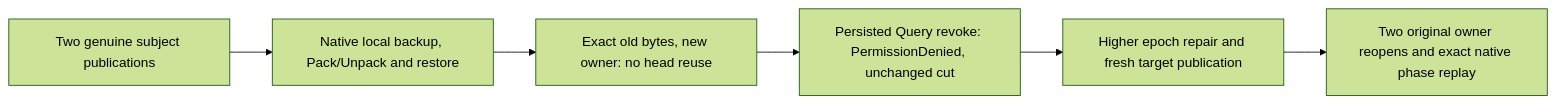
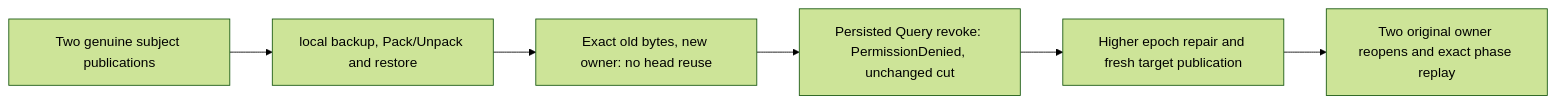
The diagram in docs/Features/Search/Bm25RestoredEligibility.md (managedcode/KeyLoad), drawn with Mermaid (forest theme) before and after one commit. The commit also changed other lines of this file and 9016 other files, not shown here.

````diff
--- a/docs/Features/Search/Bm25RestoredEligibility.md
+++ b/docs/Features/Search/Bm25RestoredEligibility.md
@@ -5,8 +5,8 @@
 ```mermaid
 flowchart LR
- S[Two genuine subject publications] --> B[Native local backup, Pack/Unpack and restore]
+ S[Two genuine subject publications] --> B[local backup, Pack/Unpack and restore]
  B --> E[Exact old bytes, new owner: no head reuse]
  E --> D[Persisted Query revoke: PermissionDenied, unchanged cut]
  D --> R[Higher epoch repair and fresh target publication]
- R --> C[Two original owner reopens and exact native phase replay]
+ R --> C[Two original owner reopens and exact phase replay]
 ```
````
